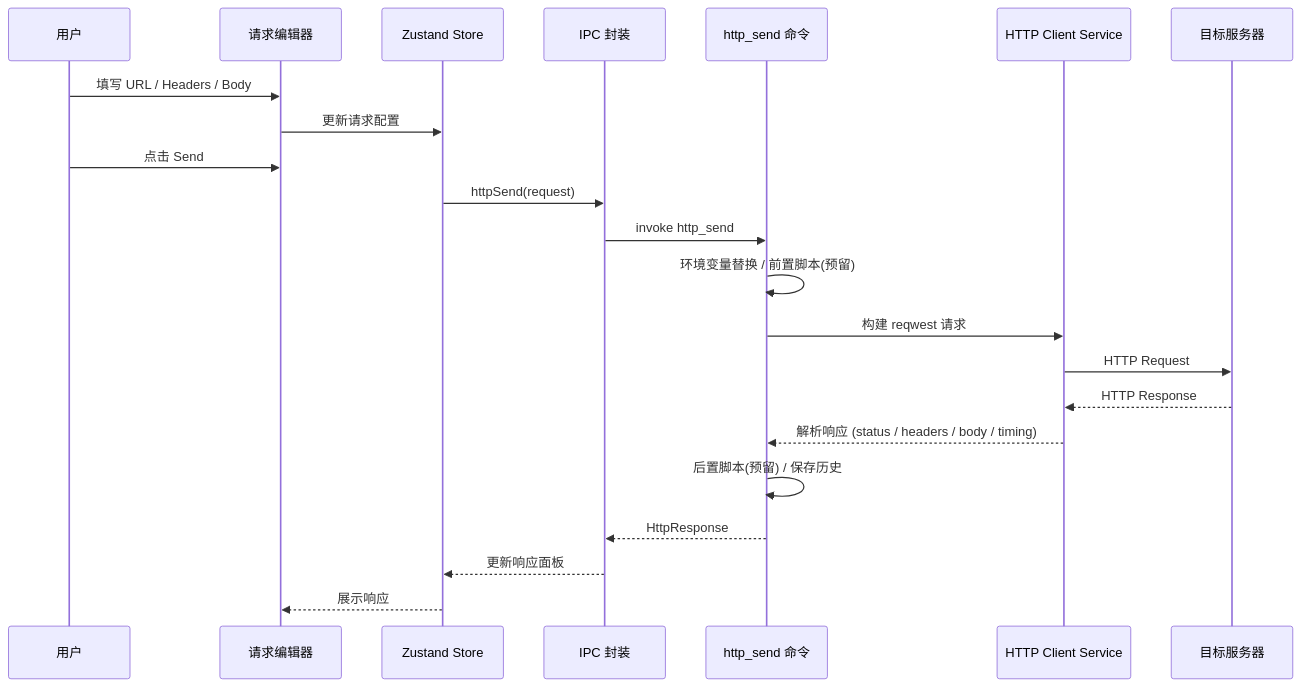
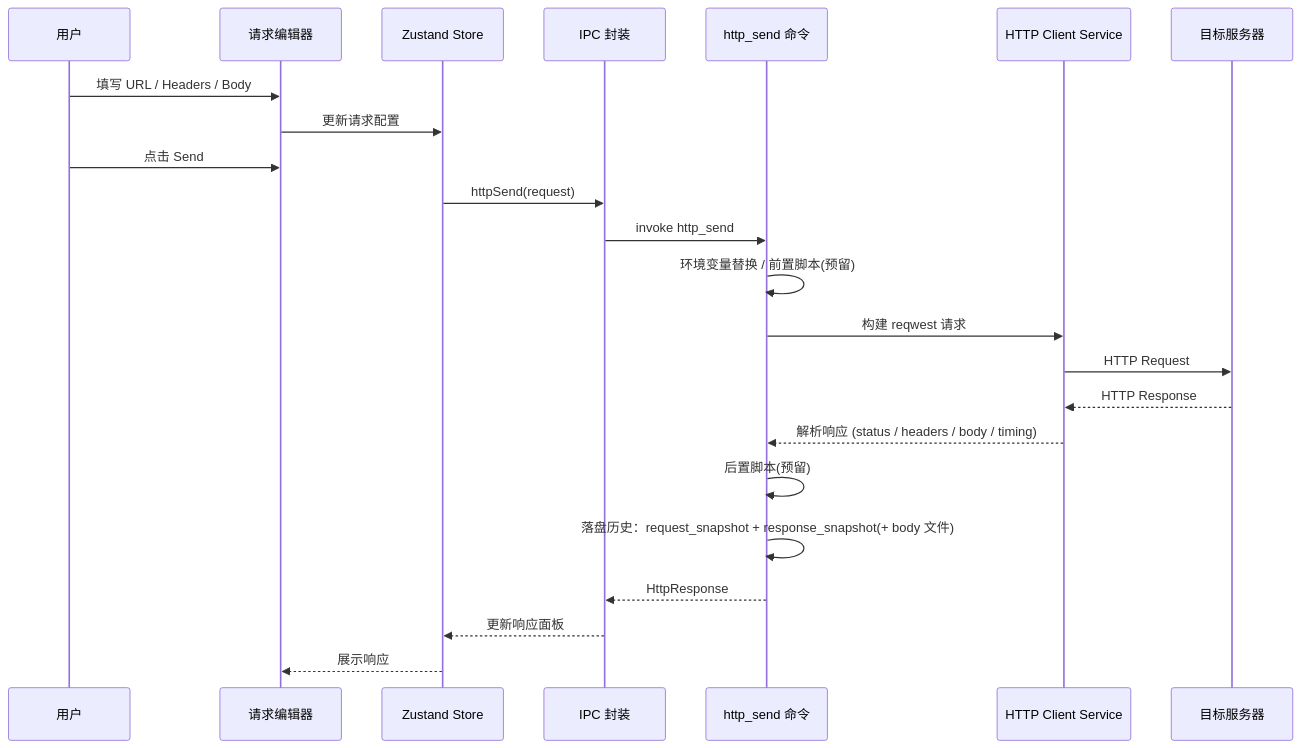
The second of 6 diagrams in docs/02.architecture.md (gsxhnd/Thread), drawn with Mermaid before and after one commit. The commit also changed other lines of this file and 50 other files, not shown here.

First line of the commit message:
feat: implement multi-protocol support with GraphQL, WebSocket, and gRPC

````diff
--- a/docs/02.architecture.md
+++ b/docs/02.architecture.md
@@ -91,25 +91,26 @@
 ```mermaid
 sequenceDiagram
     participant U as 用户
     participant E as 请求编辑器
     participant S as Zustand Store
     participant A as IPC 封装
     participant C as http_send 命令
     participant H as HTTP Client Service
     participant N as 目标服务器
 
     U->>E: 填写 URL / Headers / Body
     E->>S: 更新请求配置
     U->>E: 点击 Send
     S->>A: httpSend(request)
     A->>C: invoke http_send
     C->>C: 环境变量替换 / 前置脚本(预留)
     C->>H: 构建 reqwest 请求
     H->>N: HTTP Request
     N-->>H: HTTP Response
     H-->>C: 解析响应 (status / headers / body / timing)
-    C->>C: 后置脚本(预留) / 保存历史
+    C->>C: 后置脚本(预留)
+    C->>C: 落盘历史：request_snapshot + response_snapshot(+ body 文件)
     C-->>A: HttpResponse
     A-->>S: 更新响应面板
     S-->>E: 展示响应
 ```
````
